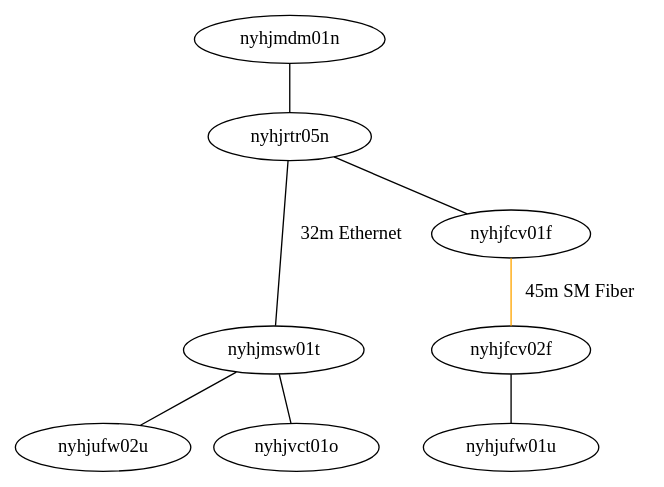
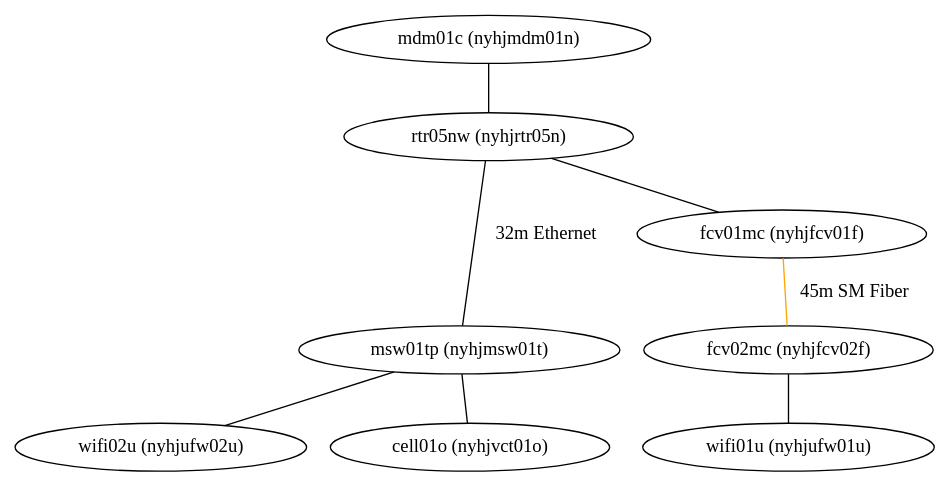
One commit to jrddunbr/sysconfig changed the diagram in nyhj/network.dot. Above: the diagram before and after it, drawn with Graphviz. The commit also changed 24 other files, not shown here.

```diff
--- a/nyhj/network.dot
+++ b/nyhj/network.dot
@@ -1,24 +1,24 @@
 graph {
-    nyhjmdm01n
-    nyhjrtr05n
-    nyhjmsw01t
-    nyhjfcv01f
-    nyhjfcv02f
-    nyhjufw01u
-    nyhjufw02u
-    nyhjvct01o
+    mdm01c [label="mdm01c (nyhjmdm01n)"]
+    rtr05nw [label="rtr05nw (nyhjrtr05n)"]
+    msw01tp [label="msw01tp (nyhjmsw01t)"]
+    fcv01mc [label="fcv01mc (nyhjfcv01f)"]
+    fcv02mc [label="fcv02mc (nyhjfcv02f)"]
+    wifi01u [label="wifi01u (nyhjufw01u)"]
+    wifi02u [label="wifi02u (nyhjufw02u)"]
+    cell01o [label="cell01o (nyhjvct01o)"]
 
     subgraph endpoints {
         rank=same
-        nyhjfcv02f
-        nyhjmsw01t
+        fcv02mc
+        msw01tp
     }
 
-    nyhjmdm01n -- nyhjrtr05n
-    nyhjrtr05n -- nyhjfcv01f
-    nyhjrtr05n -- nyhjmsw01t [label="32m Ethernet"]
-    nyhjfcv01f -- nyhjfcv02f [color="orange", label="45m SM Fiber"]
-    nyhjfcv02f -- nyhjufw01u
-    nyhjmsw01t -- nyhjvct01o
-    nyhjmsw01t -- nyhjufw02u
+    mdm01c -- rtr05nw
+    rtr05nw -- fcv01mc
+    rtr05nw -- msw01tp [label="32m Ethernet"]
+    fcv01mc -- fcv02mc [color="orange", label="45m SM Fiber"]
+    fcv02mc -- wifi01u
+    msw01tp -- cell01o
+    msw01tp -- wifi02u
 }
```
